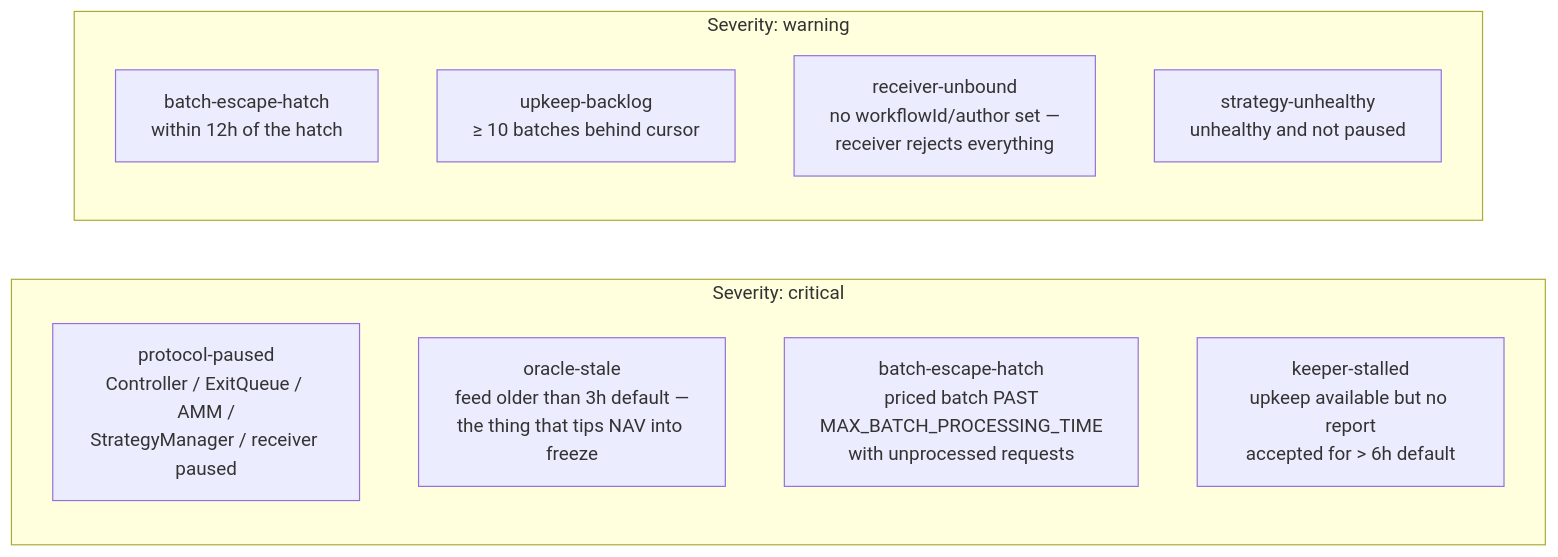
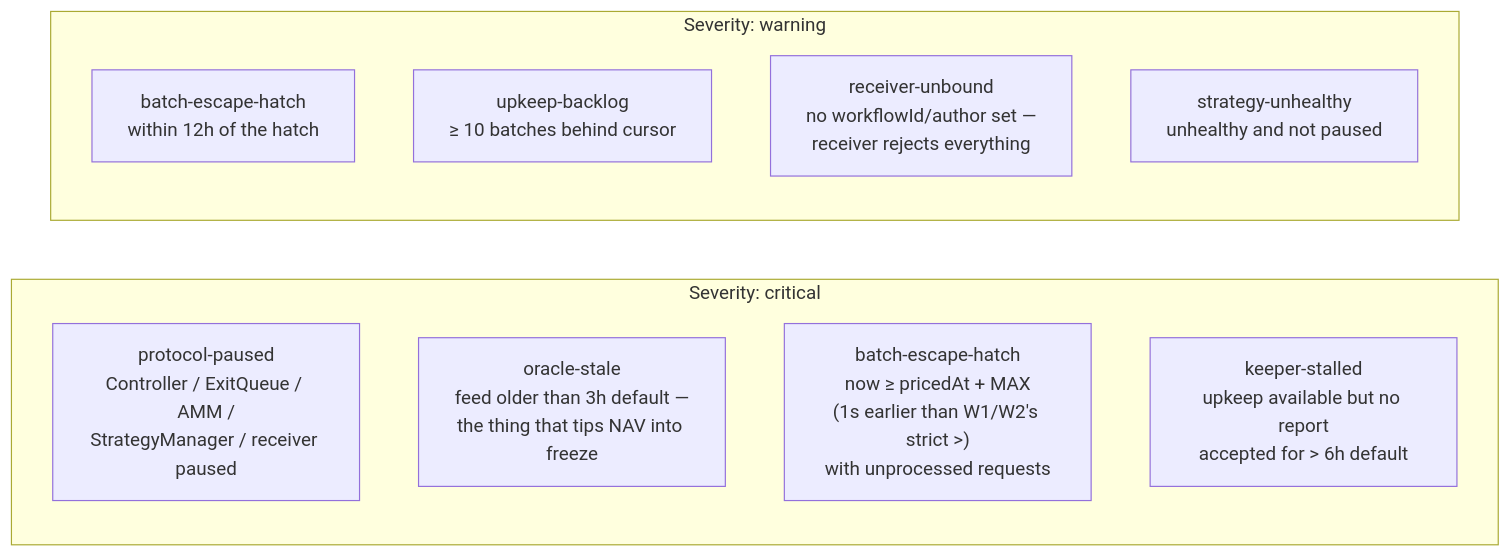
One commit to everstrat-xyz/keepers changed the second of 2 diagrams in blueprints/04-w4-freeze-watch.md. Above: the diagram before and after it, drawn with Mermaid. The commit also changed other lines of this file and 16 other files, not shown here.

````diff
--- a/blueprints/04-w4-freeze-watch.md
+++ b/blueprints/04-w4-freeze-watch.md
@@ -35,15 +35,15 @@
 ```mermaid
 flowchart LR
     subgraph CRIT["Severity: critical"]
         C1["protocol-paused<br/>Controller / ExitQueue / AMM /<br/>StrategyManager / receiver paused"]
         C2["oracle-stale<br/>feed older than 3h default —<br/>the thing that tips NAV into freeze"]
-        C3["batch-escape-hatch<br/>priced batch PAST<br/>MAX_BATCH_PROCESSING_TIME<br/>with unprocessed requests"]
+        C3["batch-escape-hatch<br/>now ≥ pricedAt + MAX<br/>(1s earlier than W1/W2's strict &gt;)<br/>with unprocessed requests"]
         C4["keeper-stalled<br/>upkeep available but no report<br/>accepted for &gt; 6h default"]
     end
     subgraph WARN["Severity: warning"]
         W1k["batch-escape-hatch<br/>within 12h of the hatch"]
         W2k["upkeep-backlog<br/>≥ 10 batches behind cursor"]
         W3k["receiver-unbound<br/>no workflowId/author set —<br/>receiver rejects everything"]
         W4k["strategy-unhealthy<br/>unhealthy and not paused"]
     end
 ```
````
